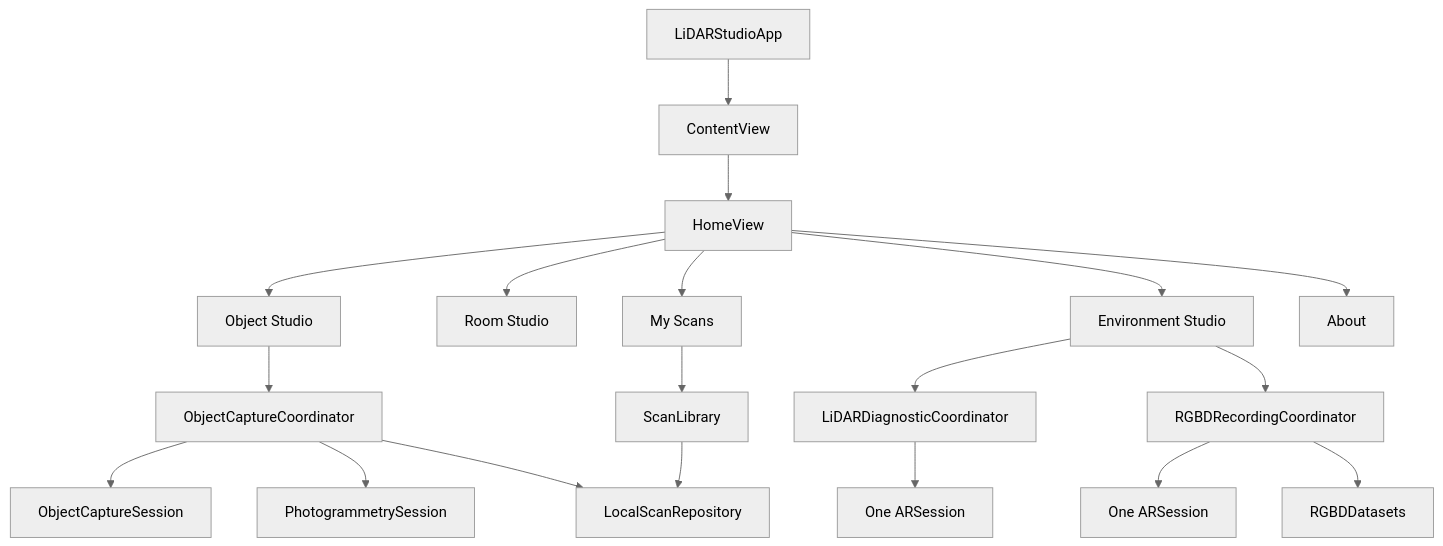
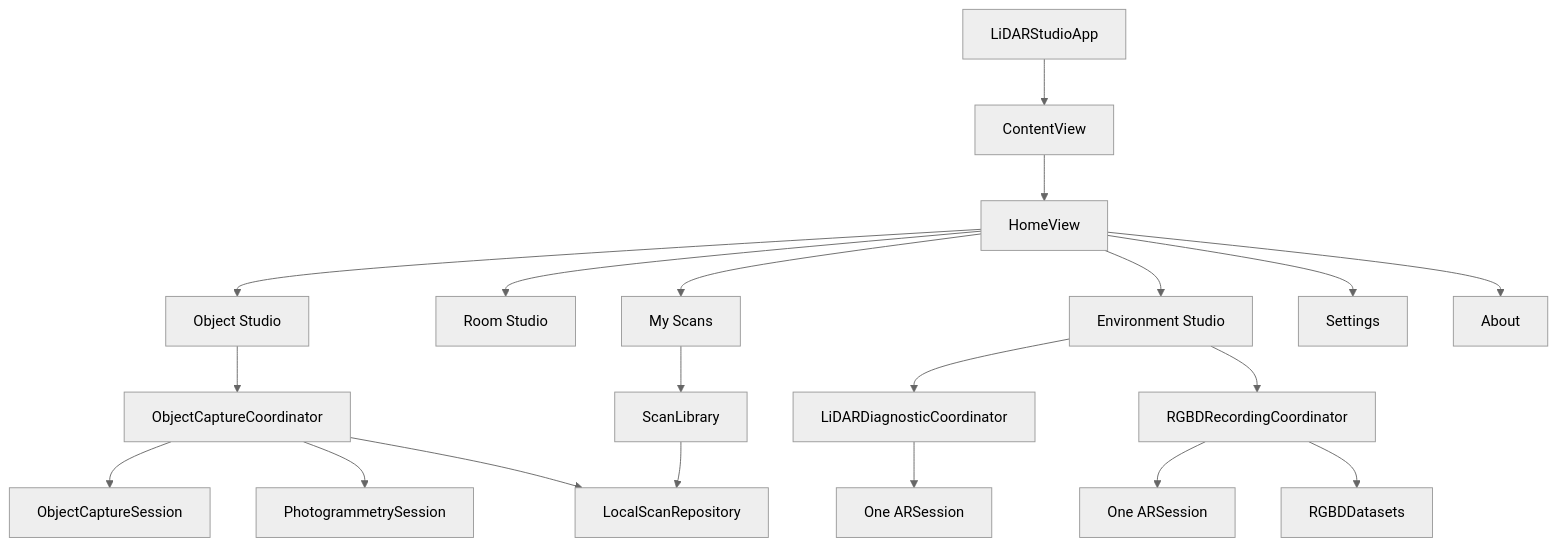
One commit to ddugi/LiDARStudio changed the first of 2 diagrams in Documentation/ARCHITECTURE.md. Above: the diagram before and after it, drawn with Mermaid (neutral theme). The commit also changed other lines of this file and 20 other files, not shown here.

````diff
--- a/Documentation/ARCHITECTURE.md
+++ b/Documentation/ARCHITECTURE.md
@@ -17,24 +17,25 @@
 ```mermaid
 flowchart TD
     App[LiDARStudioApp] --> Content[ContentView]
     Content --> Home[HomeView]
     Home --> Object[Object Studio]
     Home --> Room[Room Studio]
     Home --> Environment[Environment Studio]
     Home --> Library[My Scans]
+    Home --> Settings[Settings]
     Home --> About[About]
 
     Object --> OC[ObjectCaptureCoordinator]
     OC --> OCS[ObjectCaptureSession]
     OC --> PS[PhotogrammetrySession]
     OC --> Repo[LocalScanRepository]
 
     Environment --> Diagnostic[LiDARDiagnosticCoordinator]
     Environment --> Recorder[RGBDRecordingCoordinator]
     Diagnostic --> AR1[One ARSession]
     Recorder --> AR2[One ARSession]
     Recorder --> RGBD[RGBDDatasets]
 
     Library --> ScanLibrary[ScanLibrary]
     ScanLibrary --> Repo
 ```
````
